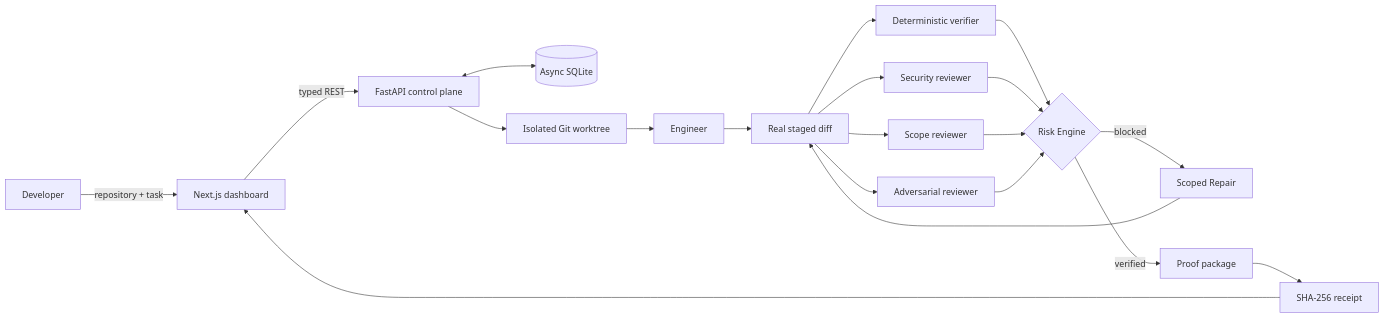
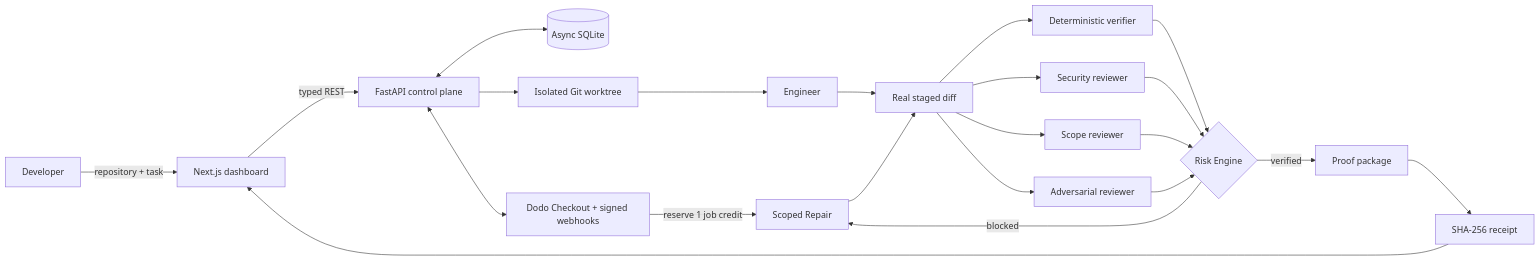
Before and after one commit to 9059Rohith/Forge-ops: the first of 4 diagrams in README.md, drawn with Mermaid. The commit also changed other lines of this file and 65 other files, not shown here.

````diff
--- a/README.md
+++ b/README.md
@@ -71,26 +88,28 @@
 ```mermaid
 flowchart LR
     U[Developer] -->|repository + task| UI[Next.js dashboard]
     UI -->|typed REST| API[FastAPI control plane]
     API <--> DB[(Async SQLite)]
+    API <--> BILL[Dodo Checkout + signed webhooks]
     API --> WT[Isolated Git worktree]
 
     WT --> ENG[Engineer]
     ENG --> DIFF[Real staged diff]
 
     DIFF --> DET[Deterministic verifier]
     DIFF --> SEC[Security reviewer]
     DIFF --> SCP[Scope reviewer]
     DIFF --> ADV[Adversarial reviewer]
 
     DET --> RISK{Risk Engine}
     SEC --> RISK
     SCP --> RISK
     ADV --> RISK
 
     RISK -->|blocked| FIX[Scoped Repair]
+    BILL -->|reserve 1 job credit| FIX
     FIX --> DIFF
     RISK -->|verified| PROOF[Proof package]
     PROOF --> SEAL[SHA-256 receipt]
     SEAL --> UI
 ```
````
